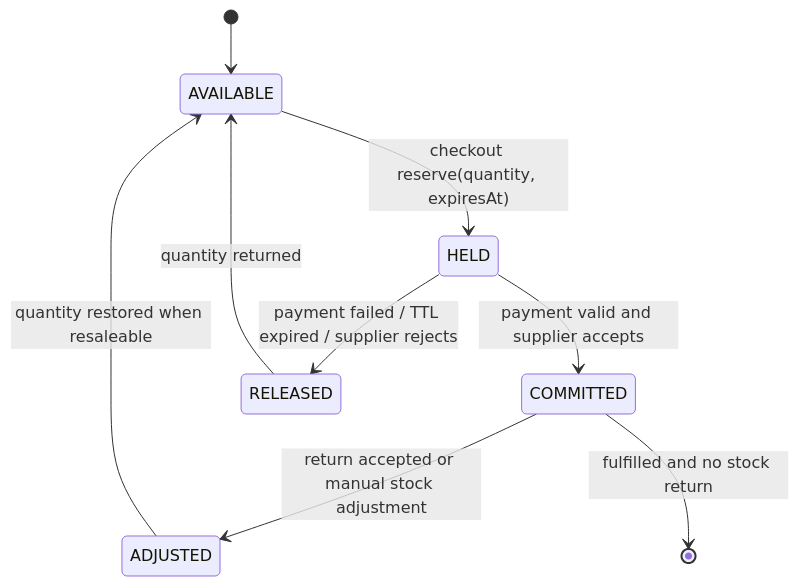
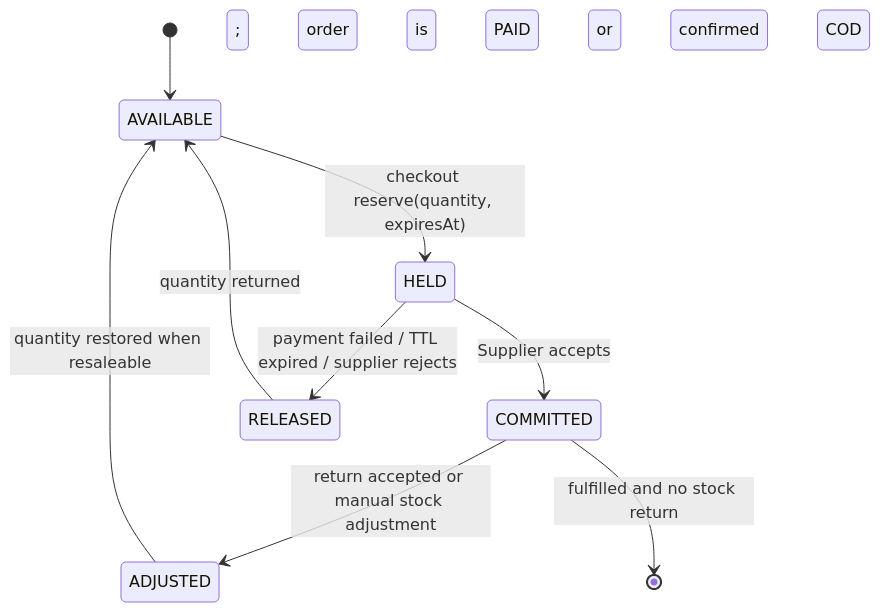
The diagram in docs/mermaid/17-inventory-reservation-state.mmd (NguyenVoLyDo/Project-XD-and-PTPM), drawn with Mermaid before and after one commit. The commit also changed 69 other files, not shown here.

```diff
--- a/docs/mermaid/17-inventory-reservation-state.mmd
+++ b/docs/mermaid/17-inventory-reservation-state.mmd
@@ -1,9 +1,9 @@
 stateDiagram-v2
   [*] --> AVAILABLE
   AVAILABLE --> HELD: checkout reserve(quantity, expiresAt)
-  HELD --> COMMITTED: payment valid and supplier accepts
+  HELD --> COMMITTED: Supplier accepts; order is PAID or confirmed COD
   HELD --> RELEASED: payment failed / TTL expired / supplier rejects
   RELEASED --> AVAILABLE: quantity returned
   COMMITTED --> ADJUSTED: return accepted or manual stock adjustment
   ADJUSTED --> AVAILABLE: quantity restored when resaleable
   COMMITTED --> [*]: fulfilled and no stock return
```
